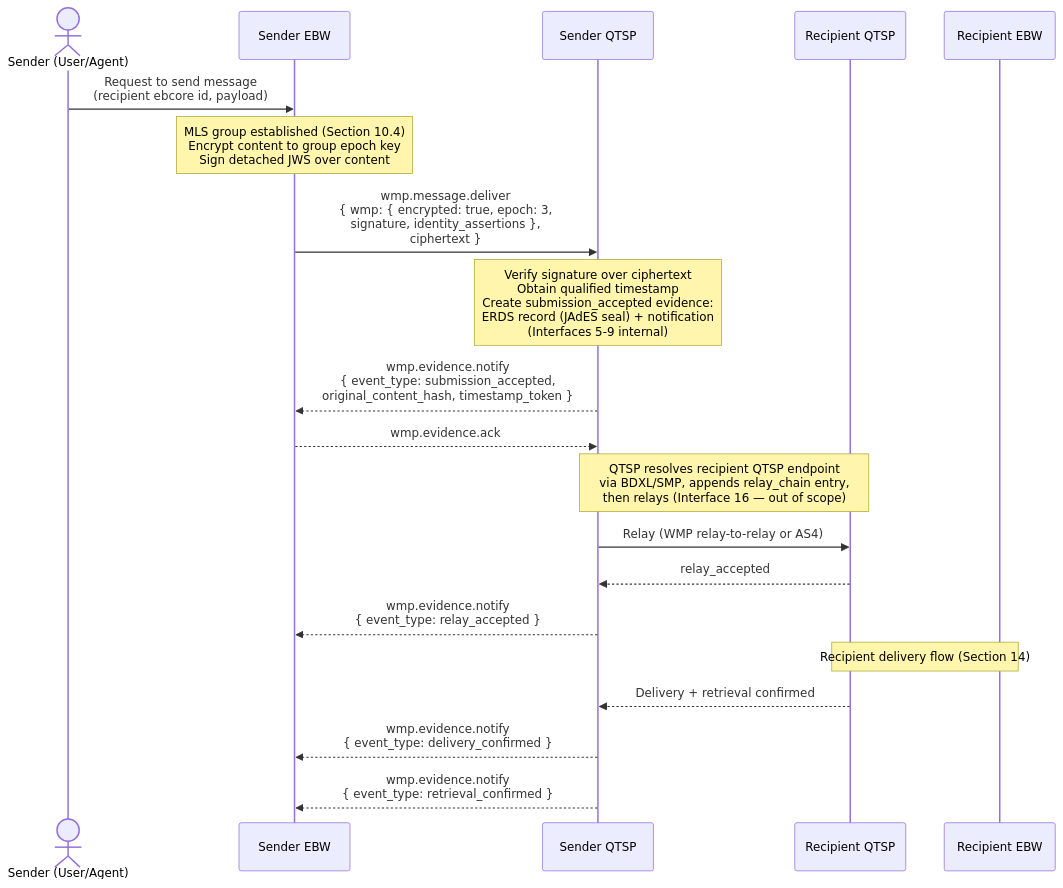
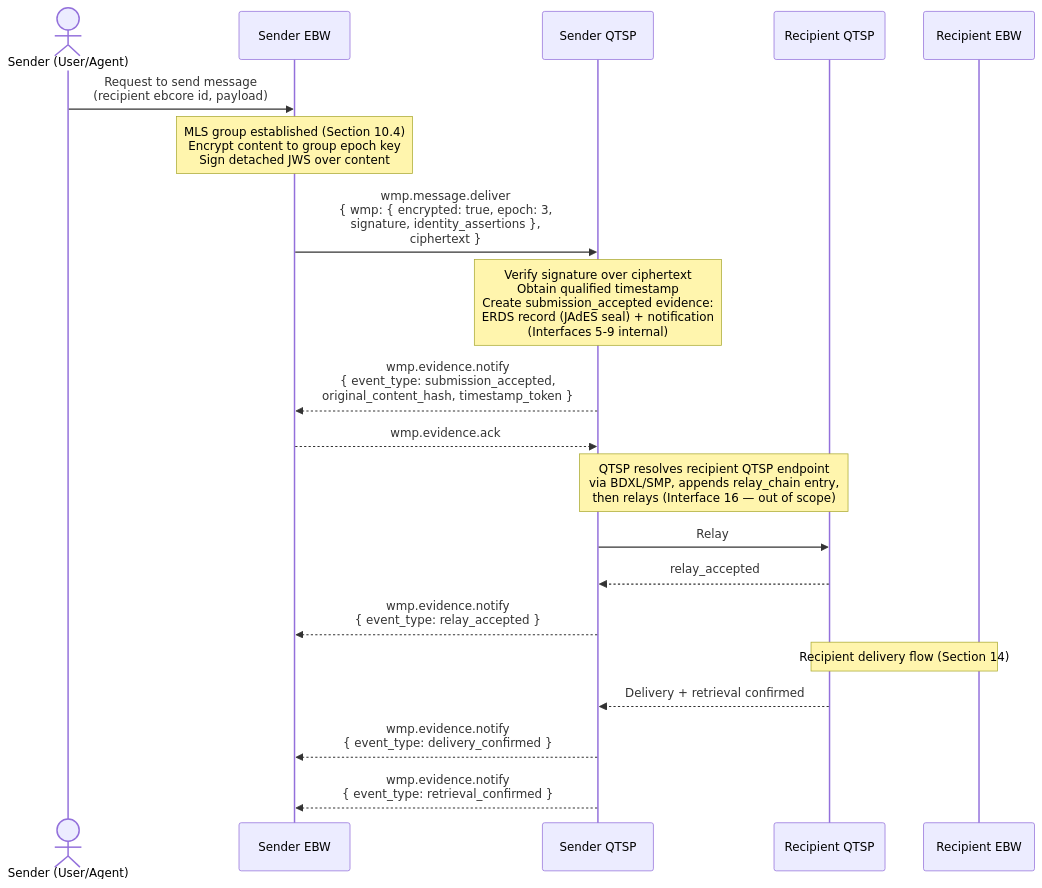
The seventh of 8 diagrams in conformance-specs/cs-05-ebw-qtsp-wmp.md (webuild-consortium/wp4-architecture), drawn with Mermaid before and after one commit.

Commit message:
better diagrams

````diff
--- a/conformance-specs/cs-05-ebw-qtsp-wmp.md
+++ b/conformance-specs/cs-05-ebw-qtsp-wmp.md
@@ -680,31 +680,31 @@
 ```mermaid
 sequenceDiagram
     actor User as Sender (User/Agent)
     participant EBW as Sender EBW
     participant S_QTSP as Sender QTSP
     participant R_QTSP as Recipient QTSP
     participant R_EBW as Recipient EBW
 
     User->>EBW: Request to send message<br>(recipient ebcore id, payload)
 
     note over EBW: MLS group established (Section 10.4)<br>Encrypt content to group epoch key<br>Sign detached JWS over content
 
     EBW->>S_QTSP: wmp.message.deliver<br>{ wmp: { encrypted: true, epoch: 3,<br>    signature, identity_assertions },<br>  ciphertext }
 
     note over S_QTSP: Verify signature over ciphertext<br>Obtain qualified timestamp<br>Create submission_accepted evidence:<br>ERDS record (JAdES seal) + notification<br>(Interfaces 5-9 internal)
 
     S_QTSP-->>EBW: wmp.evidence.notify<br>{ event_type: submission_accepted,<br>  original_content_hash, timestamp_token }
     EBW-->>S_QTSP: wmp.evidence.ack
 
     note over S_QTSP,R_QTSP: QTSP resolves recipient QTSP endpoint<br>via BDXL/SMP, appends relay_chain entry,<br>then relays (Interface 16 — out of scope)
-    S_QTSP->>R_QTSP: Relay (WMP relay-to-relay or AS4)
+    S_QTSP->>R_QTSP: Relay
 
     R_QTSP-->>S_QTSP: relay_accepted
     S_QTSP-->>EBW: wmp.evidence.notify<br>{ event_type: relay_accepted }
 
     note over R_QTSP,R_EBW: Recipient delivery flow (Section 14)
 
     R_QTSP-->>S_QTSP: Delivery + retrieval confirmed
     S_QTSP-->>EBW: wmp.evidence.notify<br>{ event_type: delivery_confirmed }
     S_QTSP-->>EBW: wmp.evidence.notify<br>{ event_type: retrieval_confirmed }
 ```
````
